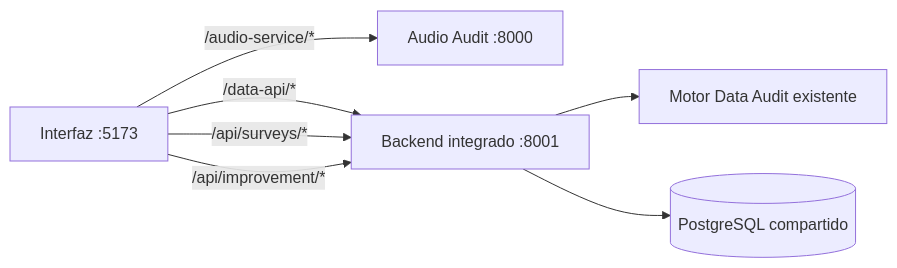
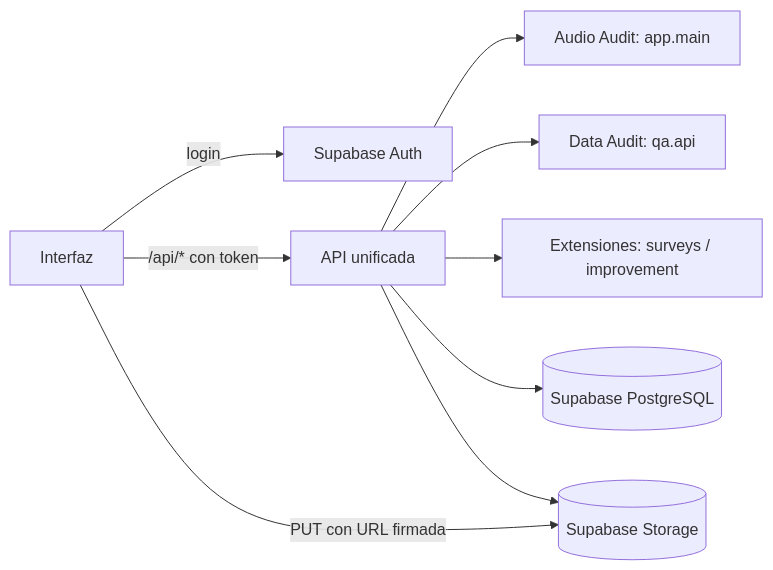
The diagram in documentation/integration-api.md (destor01/Data_Engineers_Datat-n2026), drawn with Mermaid before and after one commit. The commit also changed other lines of this file and 46 other files, not shown here.

````diff
--- a/documentation/integration-api.md
+++ b/documentation/integration-api.md
@@ -5,9 +5,11 @@
 ```mermaid
 flowchart LR
-  UI[Interfaz :5173] -->|/audio-service/*| AUDIO[Audio Audit :8000]
-  UI -->|/data-api/*| API[Backend integrado :8001]
-  UI -->|/api/surveys/*| API
-  UI -->|/api/improvement/*| API
-  API --> ENGINE[Motor Data Audit existente]
-  API --> DB[(PostgreSQL compartido)]
+  UI[Interfaz] -->|login| AUTH[Supabase Auth]
+  UI -->|/api/* con token| API[API unificada]
+  UI -->|PUT con URL firmada| ST[(Supabase Storage)]
+  API --> AUDIO[Audio Audit: app.main]
+  API --> QA[Data Audit: qa.api]
+  API --> EXT[Extensiones: surveys / improvement]
+  API --> DB[(Supabase PostgreSQL)]
+  API --> ST
 ```
````
